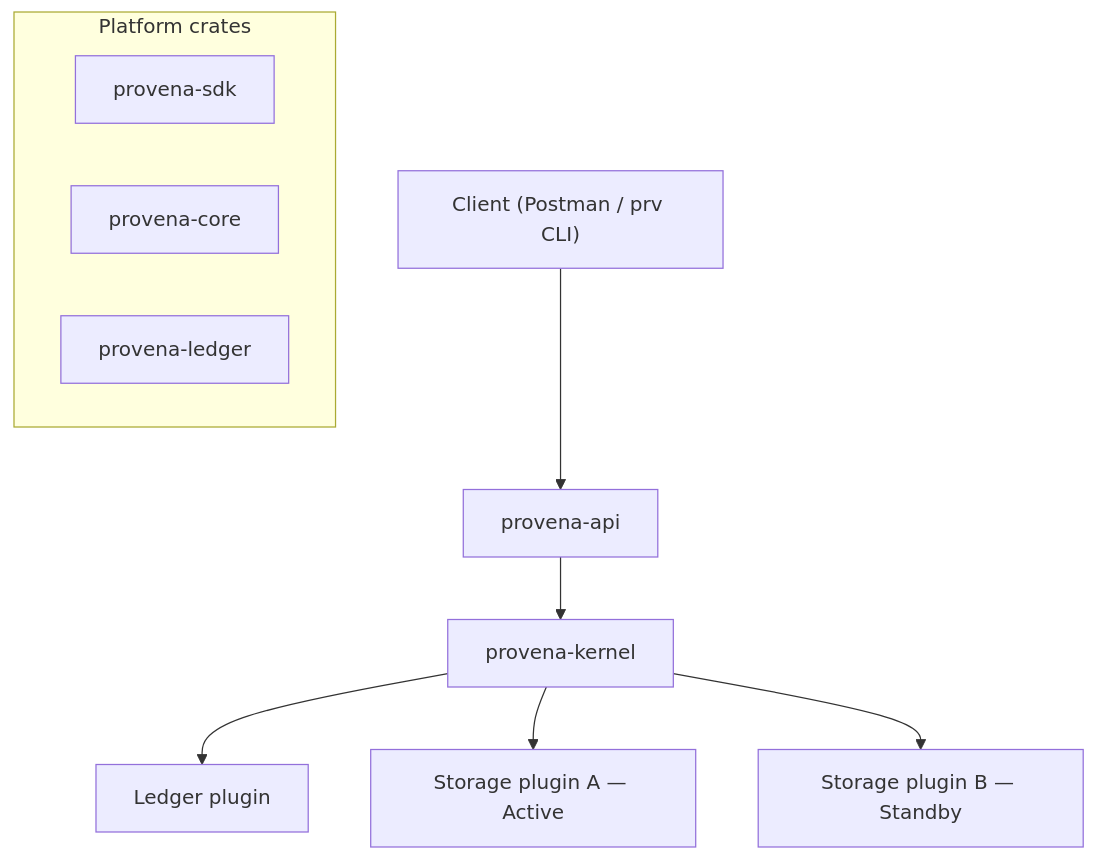
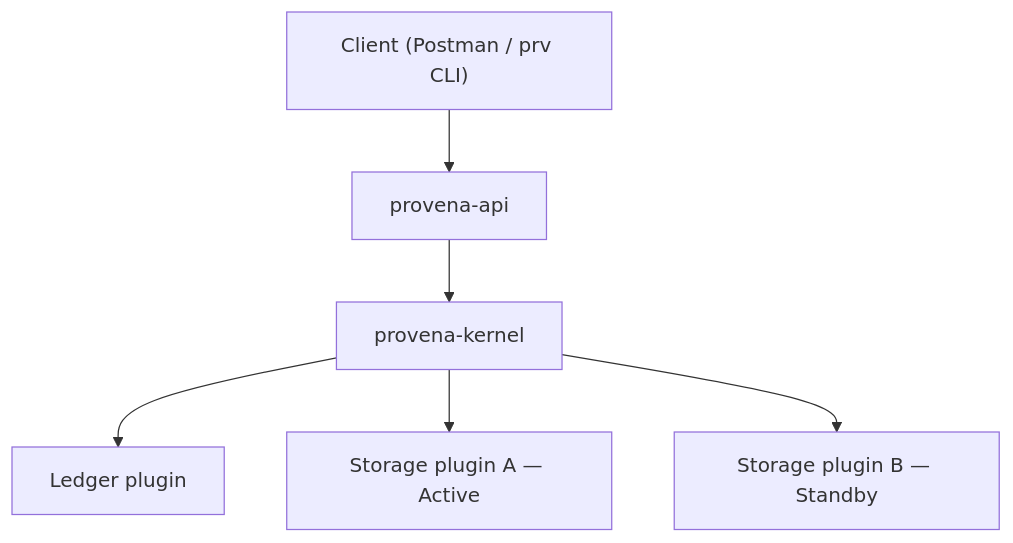
Before and after one commit to provenancai/provena: the diagram in docs/src/architecture/overview.md, drawn with Mermaid. The commit also changed 1 other file, not shown here.

Commit message:
docs: fix book.toml and update overview diagram

````diff
--- a/docs/src/architecture/overview.md
+++ b/docs/src/architecture/overview.md
@@ -7,14 +7,8 @@
 ```mermaid
 flowchart TD
     Client["Client (Postman / prv CLI)"] --> API[provena-api]
     API --> Kernel[provena-kernel]
     Kernel --> Ledger[Ledger plugin]
     Kernel --> StorageA["Storage plugin A — Active"]
     Kernel --> StorageB["Storage plugin B — Standby"]
-
-    subgraph platform[Platform crates]
-        SDK[provena-sdk]
-        Core[provena-core]
-        LedgerCrate[provena-ledger]
-    end
 ```
````
